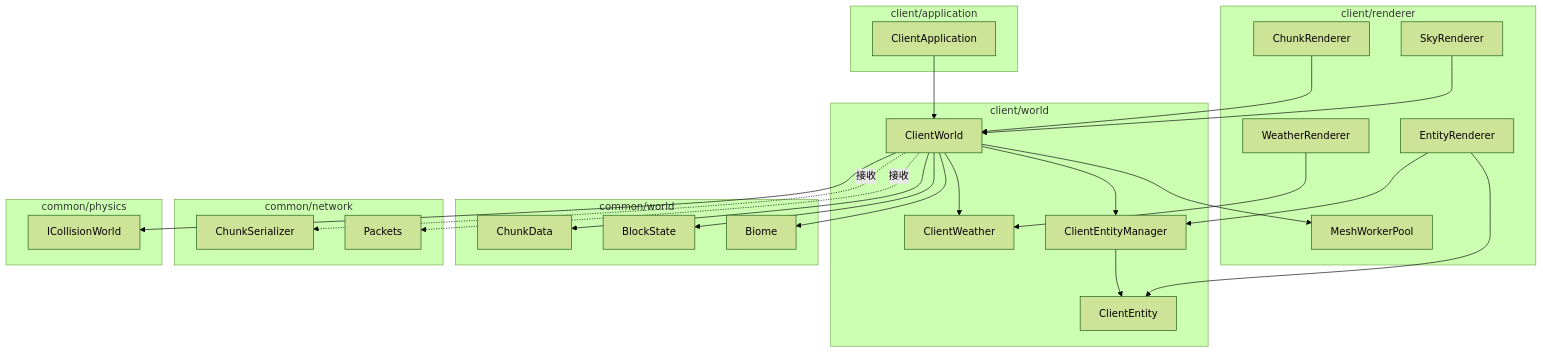
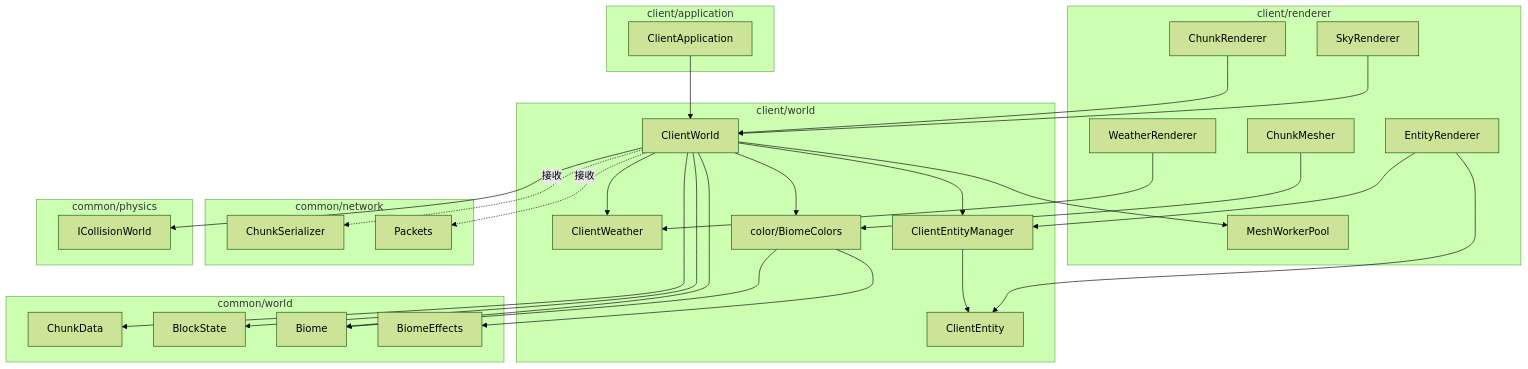
One commit to g122622/Cubium changed the second of 2 diagrams in src/client/world/README.md. Above: the diagram before and after it, drawn with Mermaid (forest theme). The commit also changed other lines of this file and 28 other files, not shown here.

````diff
--- a/src/client/world/README.md
+++ b/src/client/world/README.md
@@ -211,53 +257,60 @@
 ```mermaid
 graph TB
     subgraph client/world
         A[ClientWorld]
         B[ClientWeather]
         C[ClientEntityManager]
         D[ClientEntity]
+        E[color/BiomeColors]
     end
-    
+
     subgraph client/renderer
-        E[ChunkRenderer]
-        F[EntityRenderer]
-        G[WeatherRenderer]
-        H[SkyRenderer]
-        I[MeshWorkerPool]
+        F[ChunkRenderer]
+        G[EntityRenderer]
+        H[WeatherRenderer]
+        I[SkyRenderer]
+        J[MeshWorkerPool]
+        K[ChunkMesher]
     end
-    
+
     subgraph client/application
-        J[ClientApplication]
+        L[ClientApplication]
     end
-    
+
     subgraph common/world
-        K[ChunkData]
-        L[BlockState]
-        M[Biome]
+        M[ChunkData]
+        N[BlockState]
+        O[Biome]
+        P[BiomeEffects]
     end
-    
+
     subgraph common/network
-        N[ChunkSerializer]
-        O[Packets]
+        Q[ChunkSerializer]
+        R[Packets]
     end
-    
+
     subgraph common/physics
-        P[ICollisionWorld]
+        S[ICollisionWorld]
     end
-    
+
     A --> B
     A --> C
+    A --> E
     C --> D
-    A --> I
-    A --> K
-    A --> L
+    A --> J
     A --> M
-    A --> P
-    A -.->|接收| N
-    A -.->|接收| O
-    E --> A
-    F --> C
-    F --> D
-    G --> B
-    H --> A
-    J --> A
+    A --> N
+    A --> O
+    A --> S
+    A -.->|接收| Q
+    A -.->|接收| R
+    E --> O
+    E --> P
+    F --> A
+    K --> E
+    G --> C
+    G --> D
+    H --> B
+    I --> A
+    L --> A
 ```
````
